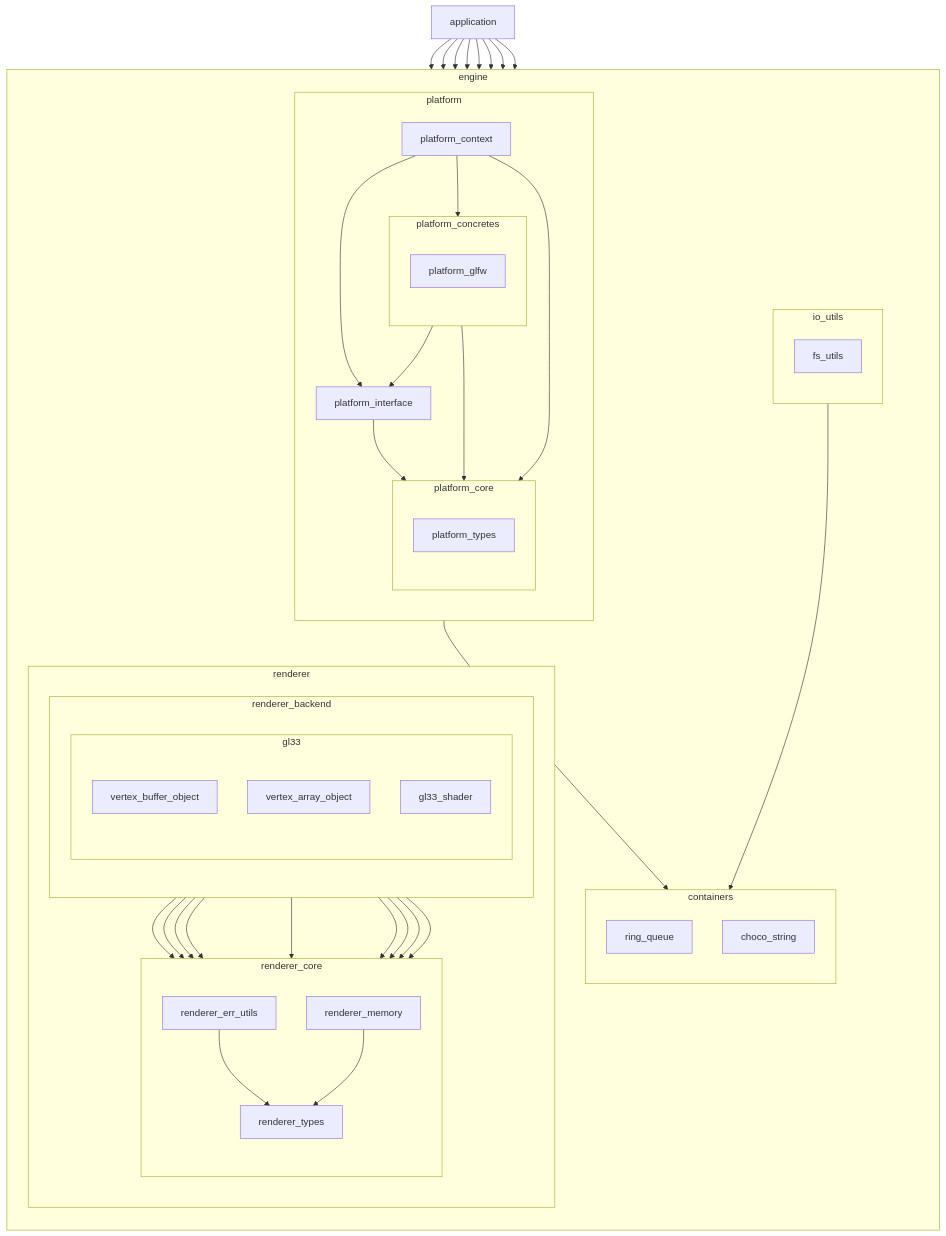
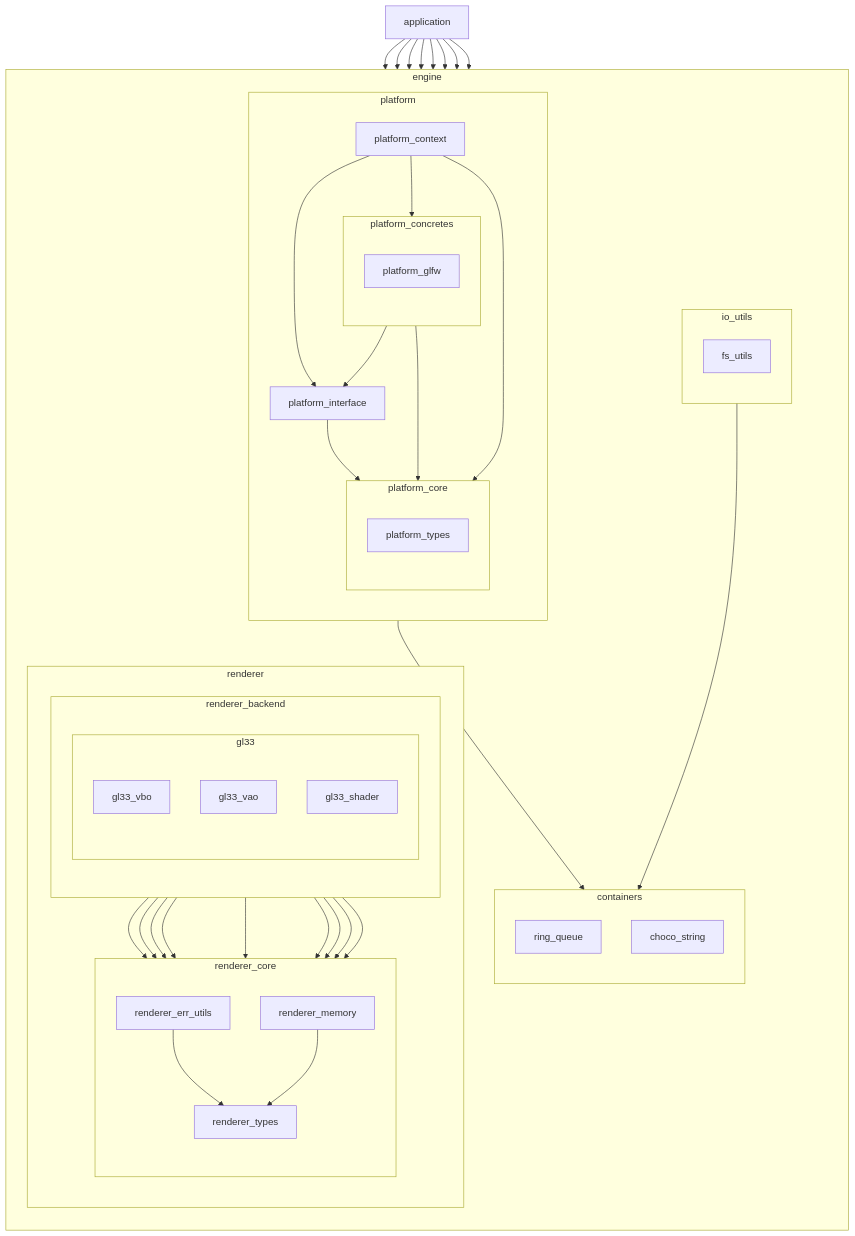
Before and after one commit to chocolate-pie24/gl_choco_engine: the second of 4 diagrams in docs/layer.md, drawn with Mermaid. The commit also changed other lines of this file and 13 other files, not shown here.

````diff
--- a/docs/layer.md
+++ b/docs/layer.md
@@ -74,81 +74,81 @@
 ```mermaid
 graph TD
   APPLICATION[application]
   APPLICATION --> RING_QUEUE
   APPLICATION --> FS_UTILS
   APPLICATION --> PLATFORM_CONTEXT
   APPLICATION --> RENDERER_TYPES
-  APPLICATION --> VERTEX_BUFFER_OBJECT
-  APPLICATION --> VERTEX_ARRAY_OBJECT
+  APPLICATION --> GL33_VBO
+  APPLICATION --> GL33_VAO
   APPLICATION --> GL33_SHADER
   APPLICATION --> PLATFORM_TYPES
 
   subgraph ENGINE[engine]
     direction TB
 
     subgraph CONTAINERS[containers]
       direction TB
       CHOCO_STRING[choco_string]
       RING_QUEUE[ring_queue]
     end
 
     subgraph IO_UTILS[io_utils]
       direction TB
       FS_UTILS[fs_utils]
     end
     FS_UTILS --> CHOCO_STRING
 
     subgraph PLATFORM[platform]
       PLATFORM_CONTEXT[platform_context]
       PLATFORM_INTERFACE[platform_interface]
 
       direction TB
       subgraph PLATFORM_CORE[platform_core]
         direction TB
         PLATFORM_TYPES[platform_types]
       end
       subgraph PLATFORM_CONCRETES[platform_concretes]
         direction TB
         PLATFORM_GLFW[platform_glfw]
       end
     end
     PLATFORM_INTERFACE --> PLATFORM_TYPES
     PLATFORM_GLFW --> PLATFORM_INTERFACE
     PLATFORM_GLFW --> CHOCO_STRING
     PLATFORM_GLFW --> PLATFORM_TYPES
     PLATFORM_CONTEXT --> PLATFORM_INTERFACE
     PLATFORM_CONTEXT --> PLATFORM_GLFW
     PLATFORM_CONTEXT --> PLATFORM_TYPES
 
     subgraph RENDERER[renderer]
       direction TB
       subgraph RENDERER_BACKEND[renderer_backend]
         direction TB
         subgraph GL33[gl33]
           direction TB
           GL33_SHADER[gl33_shader]
-          VERTEX_ARRAY_OBJECT[vertex_array_object]
-          VERTEX_BUFFER_OBJECT[vertex_buffer_object]
+          GL33_VAO[gl33_vao]
+          GL33_VBO[gl33_vbo]
         end
       end
       subgraph RENDERER_CORE[renderer_core]
         direction TB
         RENDERER_ERR_UTILS[renderer_err_utils]
         RENDERER_MEMORY[renderer_memory]
         RENDERER_TYPES[renderer_types]
       end
     end
     GL33_SHADER --> RENDERER_TYPES
     GL33_SHADER --> RENDERER_MEMORY
     GL33_SHADER --> RENDERER_ERR_UTILS
 
-    VERTEX_ARRAY_OBJECT --> RENDERER_TYPES
-    VERTEX_ARRAY_OBJECT --> RENDERER_ERR_UTILS
-    VERTEX_ARRAY_OBJECT --> RENDERER_MEMORY
-    VERTEX_BUFFER_OBJECT --> RENDERER_TYPES
-    VERTEX_BUFFER_OBJECT --> RENDERER_ERR_UTILS
-    VERTEX_BUFFER_OBJECT --> RENDERER_MEMORY
+    GL33_VAO --> RENDERER_TYPES
+    GL33_VAO --> RENDERER_ERR_UTILS
+    GL33_VAO --> RENDERER_MEMORY
+    GL33_VBO --> RENDERER_TYPES
+    GL33_VBO --> RENDERER_ERR_UTILS
+    GL33_VBO --> RENDERER_MEMORY
     RENDERER_ERR_UTILS --> RENDERER_TYPES
     RENDERER_MEMORY --> RENDERER_TYPES
   end
 ```
````
